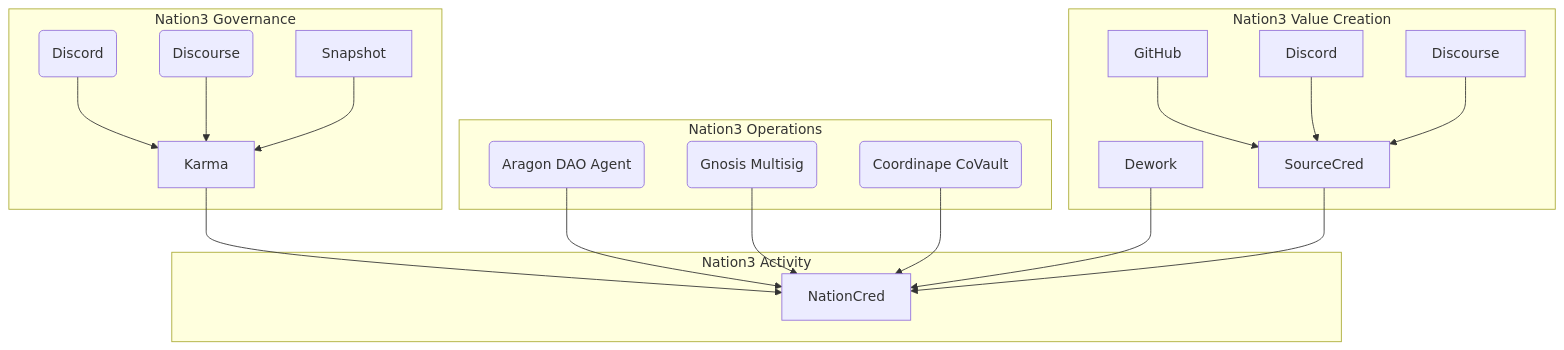
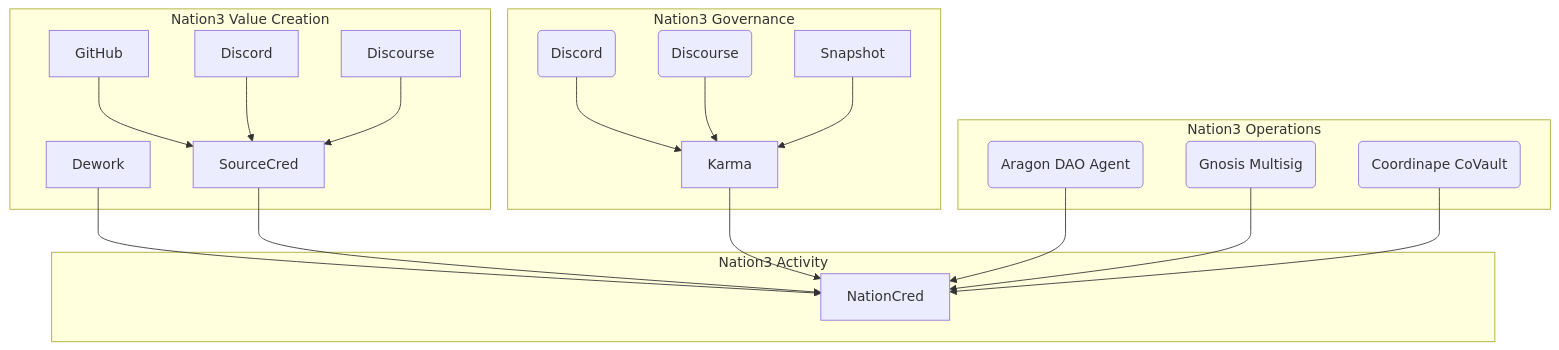
Before and after one commit to nation3/nationcred-datasets: the diagram in README.md, drawn with Mermaid. The commit also changed other lines of this file, not shown here.

````diff
--- a/README.md
+++ b/README.md
@@ -9,31 +9,31 @@
 ```mermaid
 graph TD
+    subgraph Nation3 Value Creation
+    GitHub-->SourceCred
+    Discord-->SourceCred
+    Discourse-->SourceCred
+    Dework
+    end
+    Dework-->NationCred
+    SourceCred-->NationCred
+    
     subgraph Nation3 Governance
     Discord_Karma(Discord)-->Karma
     Discourse_Karma(Discourse)-->Karma
     Snapshot-->Karma
     end
     Karma-->NationCred
     
     subgraph Nation3 Operations
     Aragon(Aragon DAO Agent)
     Gnosis(Gnosis Multisig)
     Coordinape(Coordinape CoVault)
     end
     Aragon-->NationCred
     Gnosis-->NationCred
     Coordinape-->NationCred
     
-    subgraph Nation3 Value Creation
-    GitHub-->SourceCred
-    Discord-->SourceCred
-    Discourse-->SourceCred
-    Dework
-    end
-    Dework-->NationCred
-    SourceCred-->NationCred
-    
     subgraph Nation3 Activity
     NationCred
     end
 ```
````
